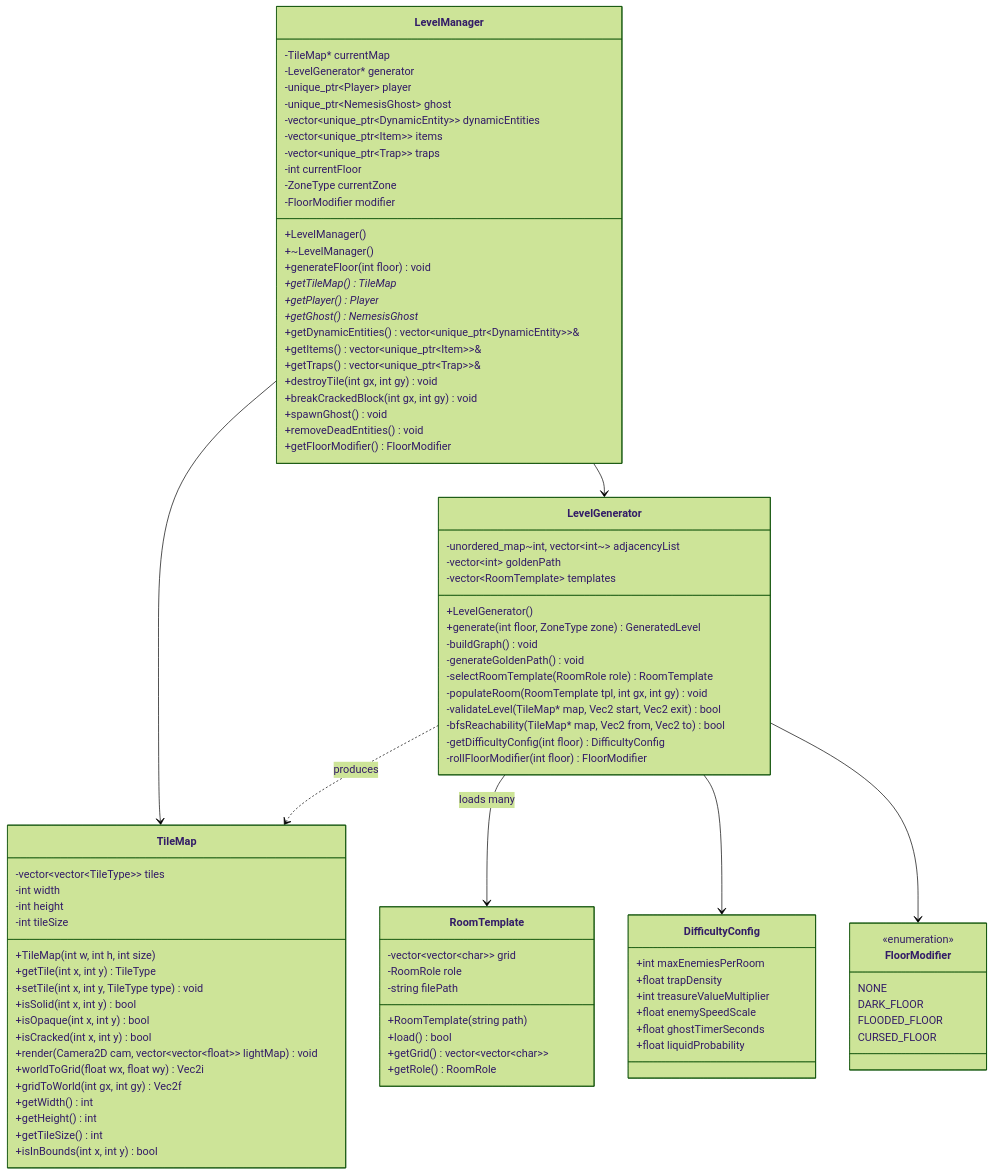
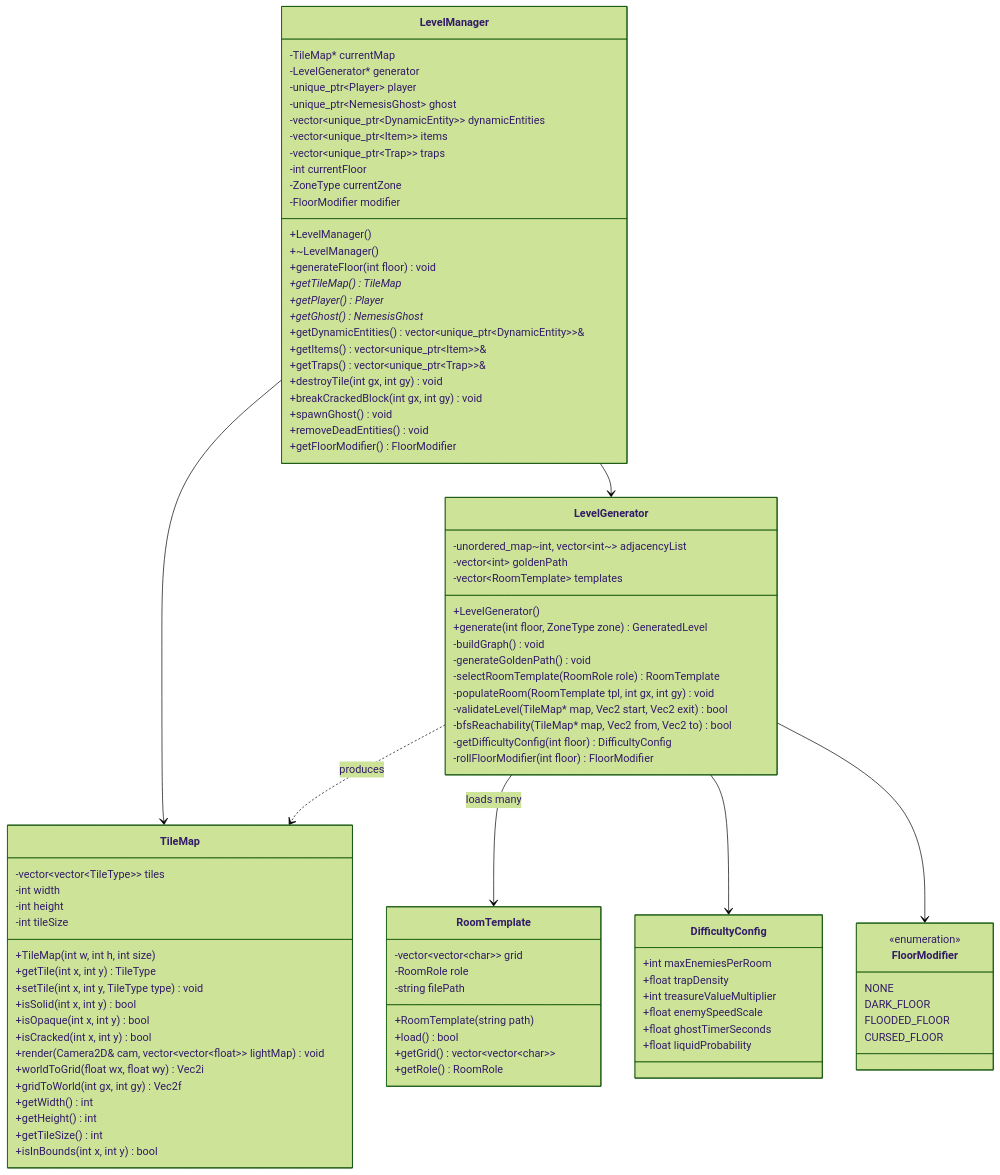
Before and after one commit to Gasmask-Chan/CS202-Cavern-Descent: the fourth of 8 diagrams in project_plan.md, drawn with Mermaid (forest theme). The commit also changed other lines of this file and 7 other files, not shown here.

```diff
--- a/project_plan.md
+++ b/project_plan.md
@@ -863,7 +864,7 @@
         +isSolid(int x, int y) bool
         +isOpaque(int x, int y) bool
         +isCracked(int x, int y) bool
-        +render(Camera2D cam, vector~vector~float~~ lightMap) void
+        +render(Camera2D& cam, vector~vector~float~~ lightMap) void
         +worldToGrid(float wx, float wy) Vec2i
         +gridToWorld(int gx, int gy) Vec2f
         +getWidth() int
```
